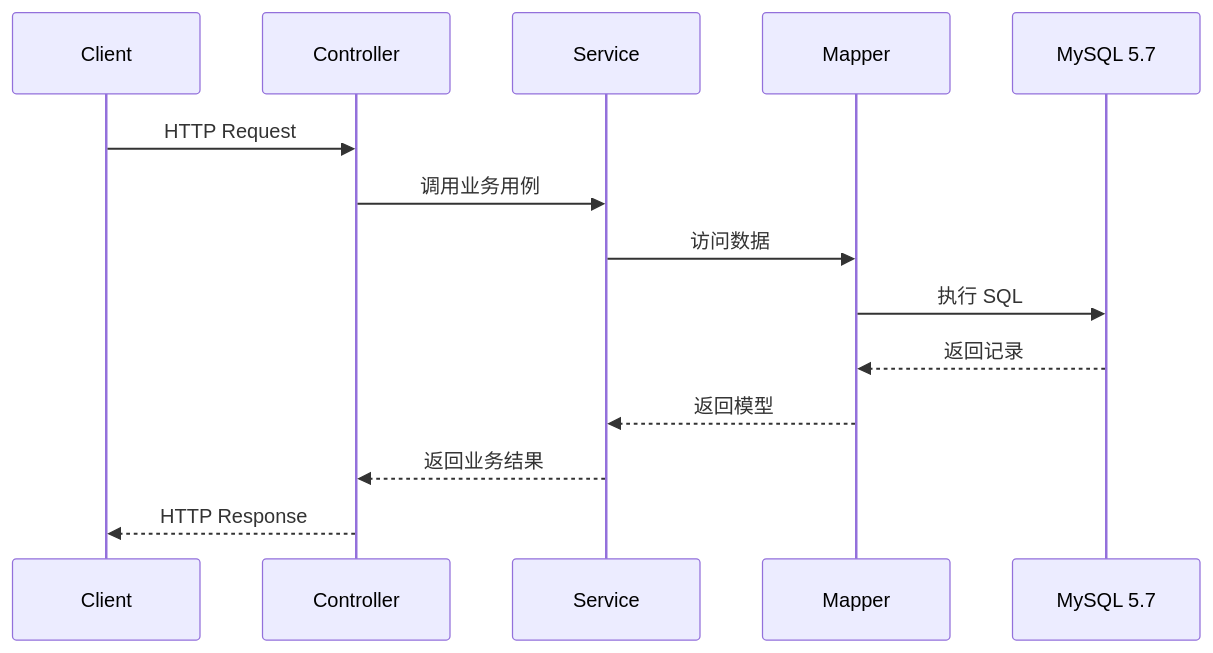
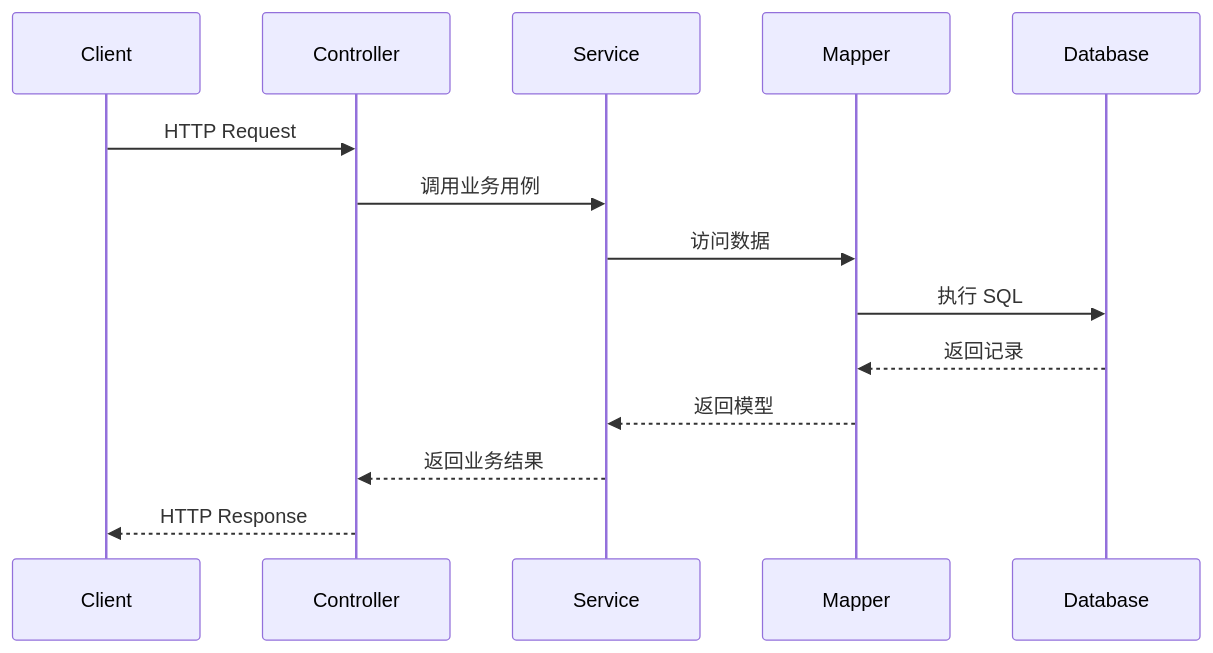
The diagram in docs/architecture/data-flow.md (KoshiroPeng/HarnessBase), drawn with Mermaid before and after one commit. The commit also changed other lines of this file and 59 other files, not shown here.

````diff
--- a/docs/architecture/data-flow.md
+++ b/docs/architecture/data-flow.md
@@ -36,17 +35,17 @@
 ```mermaid
 sequenceDiagram
     participant Client as Client
     participant Controller as Controller
     participant Service as Service
     participant Mapper as Mapper
-    participant DB as MySQL 5.7
+    participant DB as Database
 
     Client->>Controller: HTTP Request
     Controller->>Service: 调用业务用例
     Service->>Mapper: 访问数据
     Mapper->>DB: 执行 SQL
     DB-->>Mapper: 返回记录
     Mapper-->>Service: 返回模型
     Service-->>Controller: 返回业务结果
     Controller-->>Client: HTTP Response
 ```
````
